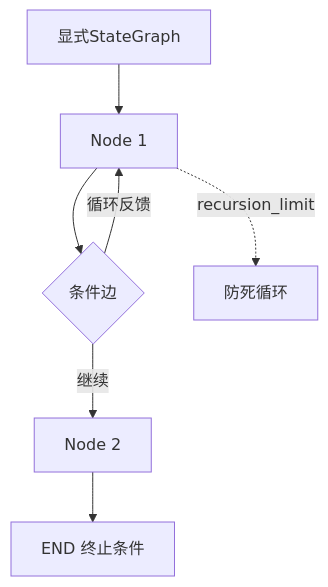
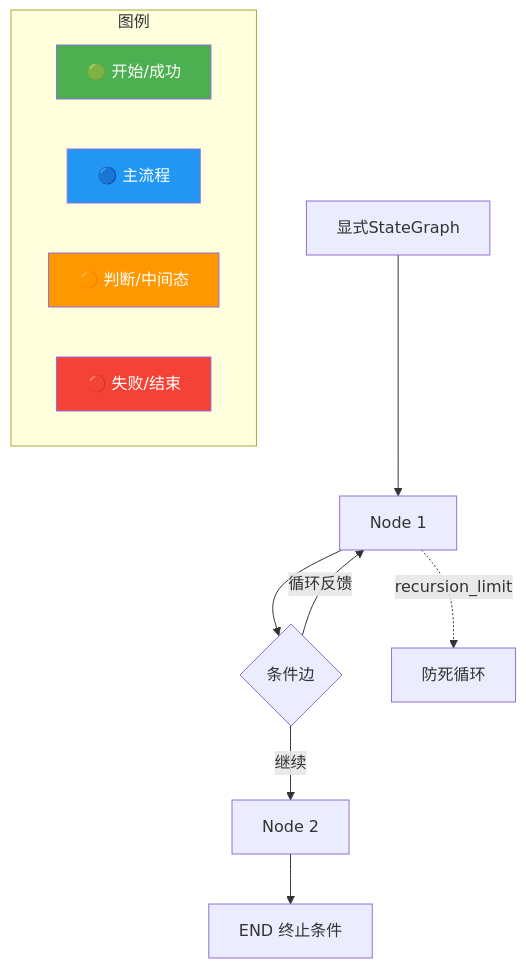
Before and after one commit to SunArthur86/interview-2026: the diagram in questions/ai-harness/ai-h-005.md, drawn with Mermaid. The commit also changed other lines of this file and 3180 other files, not shown here.

First line of the commit message:
Mermaid颜色增强99% + 面试频率分类(高频1571/中频1115/低频461)

````diff
--- a/questions/ai-harness/ai-h-005.md
+++ b/questions/ai-harness/ai-h-005.md
@@ -121,9 +122,30 @@
 ```mermaid
 flowchart TD
+    classDef start fill:#4CAF50,color:#fff
+    classDef process fill:#2196F3,color:#fff
+    classDef decision fill:#FF9800,color:#fff
+    classDef special fill:#9C27B0,color:#fff
+    classDef error fill:#f44336,color:#fff
+    classDef info fill:#607D8B,color:#fff
+    class Cond start
+    class END process
+    class End decision
+    class Node special
+    class Node1 error
+    class Node2 info
+    class Safe start
+    class State process
+    class recursion_limit decision
     State[显式StateGraph] --> Node1[Node 1]
     Node1 --> Cond{条件边}
     Cond -->|继续| Node2[Node 2]
     Cond -->|循环反馈| Node1
     Node2 --> End[END 终止条件]
     Node1 -.->|recursion_limit| Safe[防死循环]
+    subgraph Legend["图例"]
+        L1["🟢 开始/成功"]:::start
+        L2["🔵 主流程"]:::process
+        L3["🟠 判断/中间态"]:::decision
+        L4["🔴 失败/结束"]:::error
+    end
 ```
````
